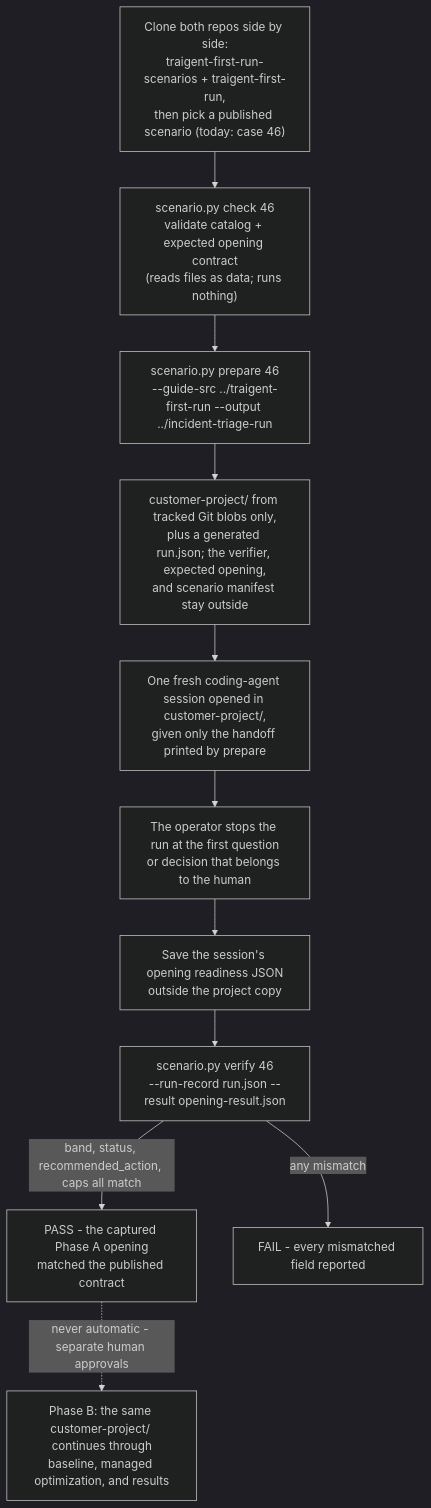
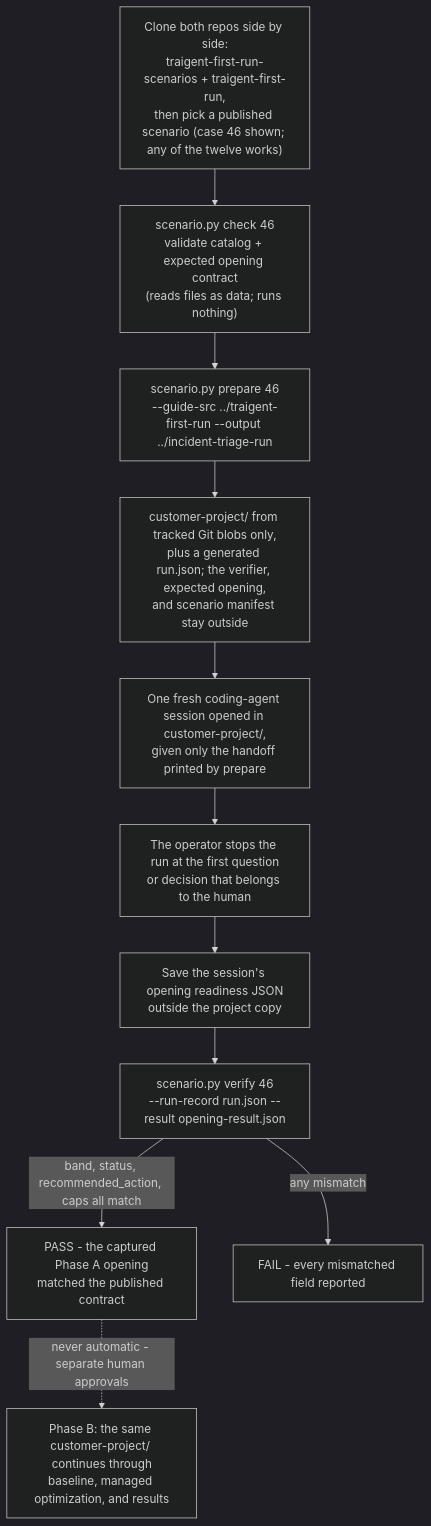
Before and after one commit to Traigent/traigent-first-run-scenarios: the diagram in README.md, drawn with Mermaid (dark theme). The commit also changed other lines of this file and 142 other files, not shown here.

````diff
--- a/README.md
+++ b/README.md
@@ -223,13 +267,13 @@
 ```mermaid
 flowchart TD
-    A["Clone both repos side by side:<br/>traigent-first-run-scenarios + traigent-first-run,<br/>then pick a published scenario (today: case 46)"] --> B["scenario.py check 46<br/>validate catalog + expected opening contract<br/>(reads files as data; runs nothing)"]
+    A["Clone both repos side by side:<br/>traigent-first-run-scenarios + traigent-first-run,<br/>then pick a published scenario (case 46 shown; any of the twelve works)"] --> B["scenario.py check 46<br/>validate catalog + expected opening contract<br/>(reads files as data; runs nothing)"]
     B --> C["scenario.py prepare 46<br/>--guide-src ../traigent-first-run --output ../incident-triage-run"]
     C --> D["customer-project/ from tracked Git blobs only,<br/>plus a generated run.json; the verifier, expected opening,<br/>and scenario manifest stay outside"]
     D --> E["One fresh coding-agent session opened in customer-project/,<br/>given only the handoff printed by prepare"]
     E --> F["The operator stops the run at the first question<br/>or decision that belongs to the human"]
     F --> G["Save the session's opening readiness JSON<br/>outside the project copy"]
     G --> H["scenario.py verify 46<br/>--run-record run.json --result opening-result.json"]
     H -->|"band, status, recommended_action, caps all match"| I["PASS - the captured Phase A opening<br/>matched the published contract"]
     H -->|"any mismatch"| J["FAIL - every mismatched field reported"]
     I -.->|"never automatic - separate human approvals"| K["Phase B: the same customer-project/ continues through<br/>baseline, managed optimization, and results"]
 ```
````
